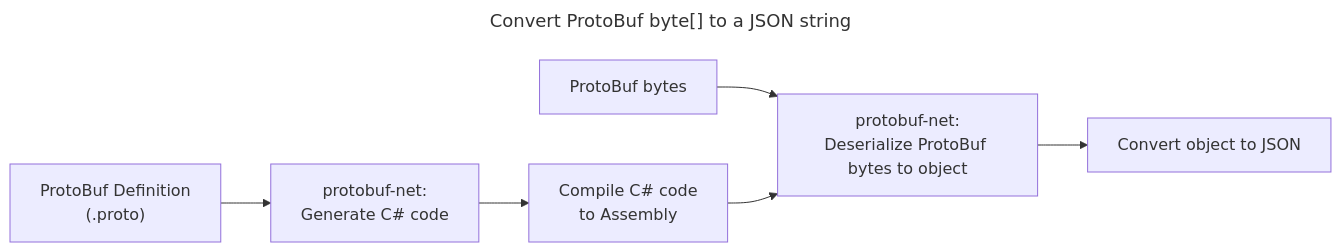
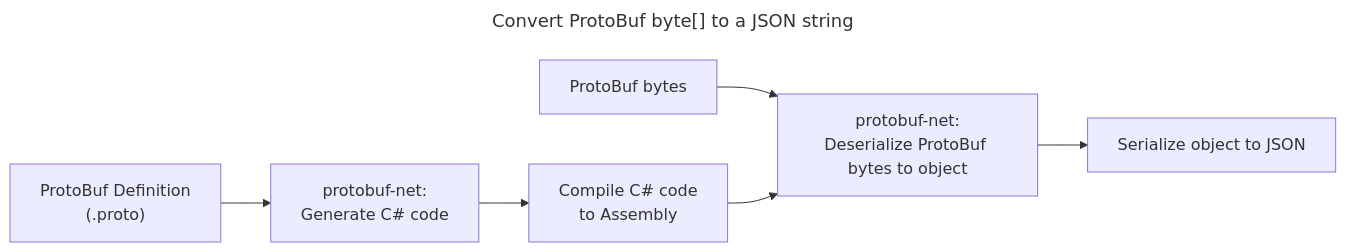
Before and after one commit to StefH/ProtoBufJsonConverter: the diagram in README.md, drawn with Mermaid.

Commit message:
Update README.md - mm

````diff
--- a/README.md
+++ b/README.md
@@ -38,11 +38,11 @@
 ``` mermaid
 ---
 title: "Convert ProtoBuf byte[] to a JSON string"
 ---
 flowchart LR
 	Def["ProtoBuf Definition\n(.proto)"] --> protobuf_net["protobuf-net:\nGenerate C# code"]
 	Bytes["ProtoBuf bytes"] --> Des["protobuf-net:\nDeserialize ProtoBuf bytes to object"]
 	protobuf_net --> CodeCompile["Compile C# code\nto Assembly"]
 	CodeCompile --> Des
-	Des --> JSON2OBJ["Convert object to JSON"]
+	Des --> JSON2OBJ["Serialize object to JSON"]
 ```
````
